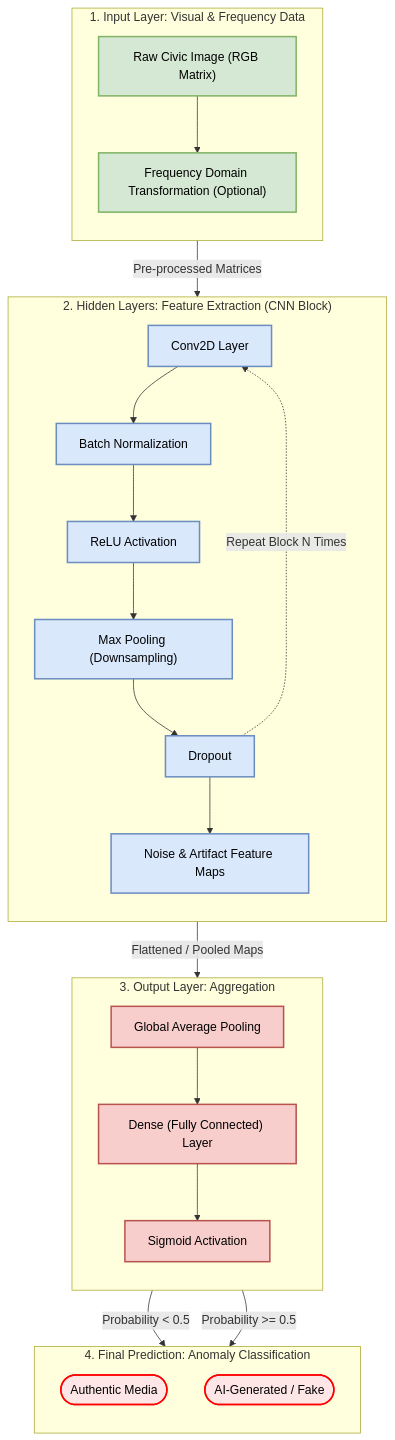
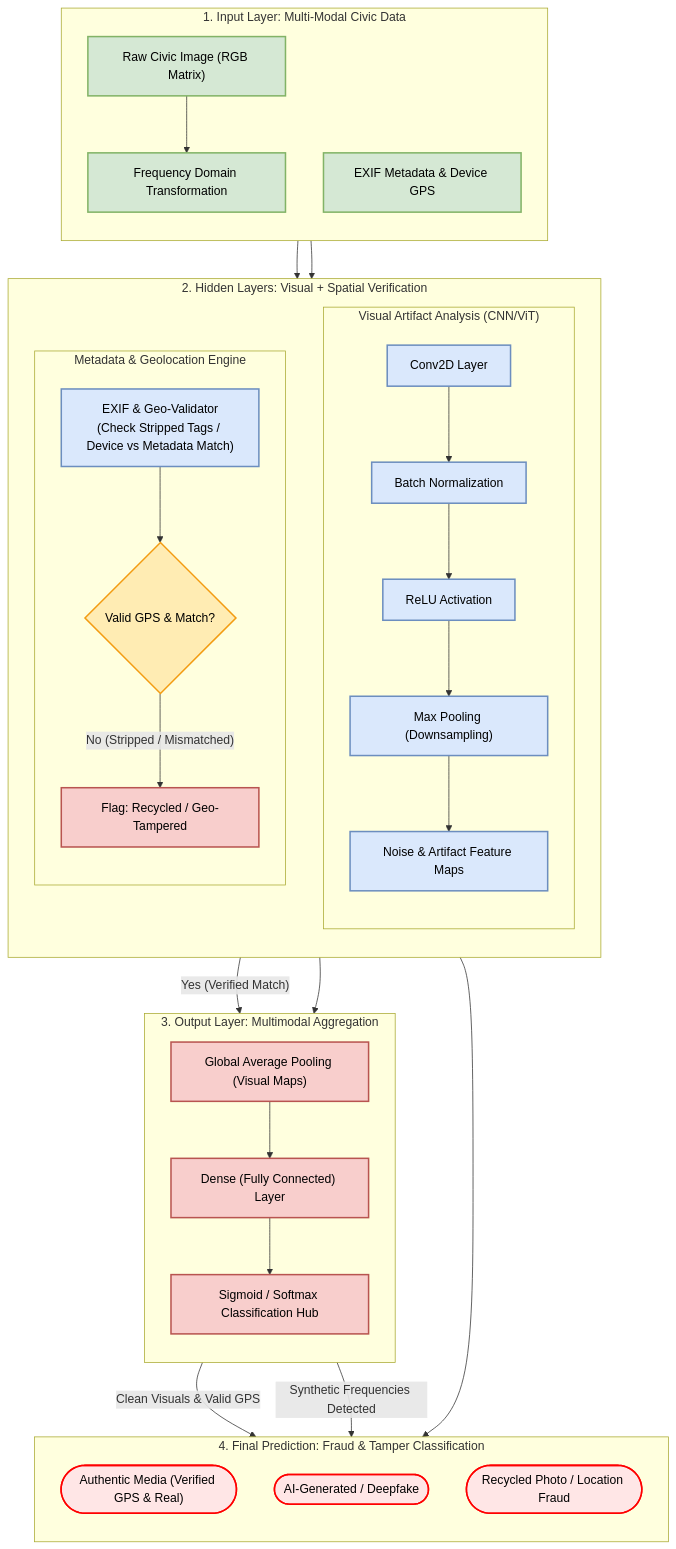
Before and after one commit to AryanSahu321/Civic-Issue-Reporting: the fourth of 7 diagrams in README.md, drawn with Mermaid.

Commit message:
Update README with new layer definitions and branches

````diff
--- a/README.md
+++ b/README.md
@@ -363,76 +363,84 @@
     %% ==========================================
     %% STYLING & COLOR CODING
     %% ==========================================
-    %% Green for Input Layer
     classDef inputLayer fill:#d5e8d4,stroke:#82b366,stroke-width:2px,color:#000;
-    %% Blue for Convolutional/Hidden Blocks
     classDef convBlock fill:#dae8fc,stroke:#6c8ebf,stroke-width:2px,color:#000;
-    %% Red for Output & Prediction
+    classDef decision fill:#ffecb3,stroke:#f39c12,stroke-width:2px,color:#000;
     classDef outputLayer fill:#f8cecc,stroke:#b85450,stroke-width:2px,color:#000;
-    classDef predictLayer fill:#ffe6e6,stroke:#ff0000,stroke-width:2px,color:#000,shape:stadium;
+    classDef predictLayer fill:#ffe6e6,stroke:#ff0000,stroke-width:2px,color:#000;
 
     %% ==========================================
     %% 1. INPUT LAYER
     %% ==========================================
-    subgraph Sub_Input ["1. Input Layer: Visual & Frequency Data"]
+    subgraph Sub_Input ["1. Input Layer: Multi-Modal Civic Data"]
         direction TB
         RawImage["Raw Civic Image (RGB Matrix)"]:::inputLayer
-        FreqTrans["Frequency Domain Transformation (Optional)"]:::inputLayer
+        EXIFData["EXIF Metadata & Device GPS"]:::inputLayer
+        FreqTrans["Frequency Domain Transformation"]:::inputLayer
         
         RawImage --> FreqTrans
     end
 
     %% ==========================================
-    %% 2. HIDDEN LAYERS (FEATURE EXTRACTION)
+    %% 2. HIDDEN LAYERS (HYBRID FEATURE EXTRACTION)
     %% ==========================================
-    subgraph Sub_Hidden ["2. Hidden Layers: Feature Extraction (CNN Block)"]
+    subgraph Sub_Hidden ["2. Hidden Layers: Visual + Spatial Verification"]
         direction TB
-        Conv2D["Conv2D Layer"]:::convBlock
-        BatchNorm["Batch Normalization"]:::convBlock
-        ReLU["ReLU Activation"]:::convBlock
-        MaxPool["Max Pooling (Downsampling)"]:::convBlock
-        Dropout["Dropout"]:::convBlock
-        FeatureMaps["Noise & Artifact Feature Maps"]:::convBlock
+        
+        subgraph CNN_Branch ["Visual Artifact Analysis (CNN/ViT)"]
+            direction TB
+            Conv2D["Conv2D Layer"]:::convBlock
+            BatchNorm["Batch Normalization"]:::convBlock
+            ReLU["ReLU Activation"]:::convBlock
+            MaxPool["Max Pooling (Downsampling)"]:::convBlock
+            FeatureMaps["Noise & Artifact Feature Maps"]:::convBlock
 
-        Conv2D --> BatchNorm
-        BatchNorm --> ReLU
-        ReLU --> MaxPool
-        MaxPool --> Dropout
-        
-        %% Loop representation for Deep CNNs
-        Dropout -.->|"Repeat Block N Times"| Conv2D
-        Dropout --> FeatureMaps
+            Conv2D --> BatchNorm --> ReLU --> MaxPool --> FeatureMaps
+        end
+
+        subgraph Geo_Branch ["Metadata & Geolocation Engine"]
+            direction TB
+            GeoValidator["EXIF & Geo-Validator<br>(Check Stripped Tags / Device vs Metadata Match)"]:::convBlock
+            GeoDecision{"Valid GPS & Match?"}:::decision
+            GeoFlag["Flag: Recycled / Geo-Tampered"]:::outputLayer
+
+            GeoValidator --> GeoDecision
+            GeoDecision -->|"No (Stripped / Mismatched)"| GeoFlag
+        end
     end
 
-    %% Connect Input to Hidden
-    FreqTrans -->|"Pre-processed Matrices"| Conv2D
+    %% Connect Inputs to Hidden Branches
+    FreqTrans --> Conv2D
+    EXIFData --> GeoValidator
 
     %% ==========================================
     %% 3. OUTPUT LAYER
     %% ==========================================
-    subgraph Sub_Output ["3. Output Layer: Aggregation"]
+    subgraph Sub_Output ["3. Output Layer: Multimodal Aggregation"]
         direction TB
-        GAP["Global Average Pooling"]:::outputLayer
+        GAP["Global Average Pooling (Visual Maps)"]:::outputLayer
         Dense["Dense (Fully Connected) Layer"]:::outputLayer
-        Sigmoid["Sigmoid Activation"]:::outputLayer
+        Sigmoid["Sigmoid / Softmax Classification Hub"]:::outputLayer
 
         GAP --> Dense
+        GeoDecision -->|"Yes (Verified Match)"| Dense
         Dense --> Sigmoid
     end
 
-    %% Connect Hidden to Output
-    FeatureMaps -->|"Flattened / Pooled Maps"| GAP
+    FeatureMaps --> GAP
 
     %% ==========================================
     %% 4. FINAL PREDICTION
     %% ==========================================
-    subgraph Sub_Prediction ["4. Final Prediction: Anomaly Classification"]
+    subgraph Sub_Prediction ["4. Final Prediction: Fraud & Tamper Classification"]
         direction TB
-        AuthMedia(["Authentic Media"]):::predictLayer
-        FakeMedia(["AI-Generated / Fake"]):::predictLayer
+        AuthMedia(["Authentic Media (Verified GPS & Real)"]):::predictLayer
+        AIGenerated(["AI-Generated / Deepfake"]):::predictLayer
+        GeoTampered(["Recycled Photo / Location Fraud"]):::predictLayer
     end
 
     %% Connect Output to Predictions
-    Sigmoid -->|"Probability < 0.5"| AuthMedia
-    Sigmoid -->|"Probability >= 0.5"| FakeMedia
+    Sigmoid -->|"Clean Visuals & Valid GPS"| AuthMedia
+    Sigmoid -->|"Synthetic Frequencies Detected"| AIGenerated
+    GeoFlag --> GeoTampered
 ```
````
